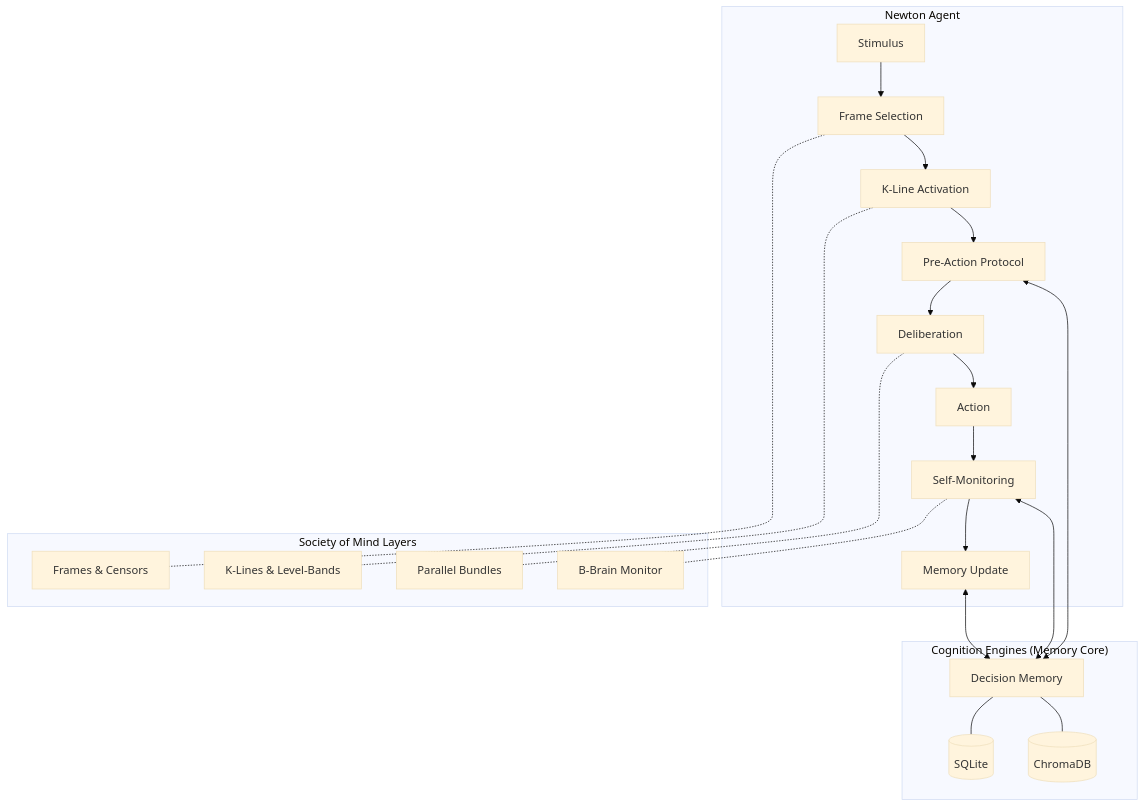
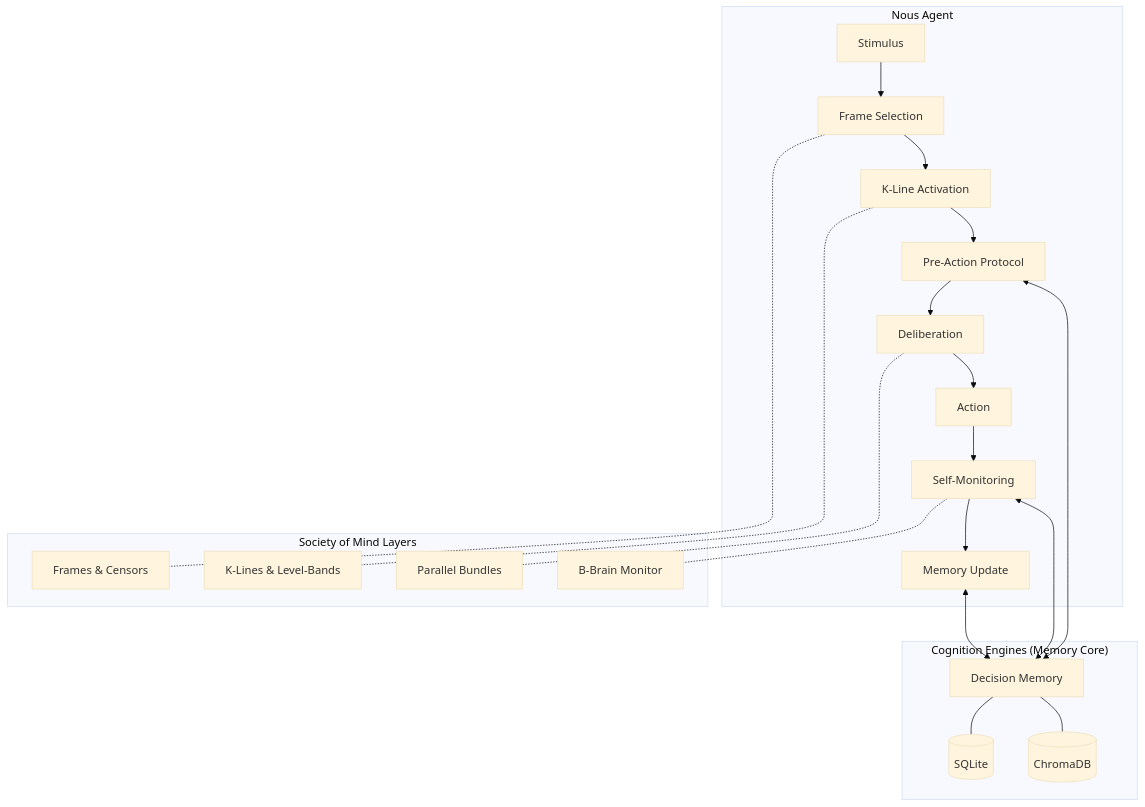
Before and after one commit to tfatykhov/newton: the first of 4 diagrams in README.md, drawn with Mermaid (base theme). The commit also changed other lines of this file and 19 other files, not shown here.

First line of the commit message:
rename: Newton → Nous

````diff
--- a/README.md
+++ b/README.md
@@ -22,27 +22,27 @@
 ```mermaid
 graph TB
-    subgraph "Newton Agent"
+    subgraph "Nous Agent"
         A[Stimulus] --> B[Frame Selection]
         B --> C[K-Line Activation]
         C --> D[Pre-Action Protocol]
         D --> E[Deliberation]
         E --> F[Action]
         F --> G[Self-Monitoring]
         G --> H[Memory Update]
     end
 
     subgraph "Cognition Engines (Memory Core)"
         D <--> CE[Decision Memory]
         G <--> CE
         H <--> CE
         CE --- SQ[(SQLite)]
         CE --- CH[(ChromaDB)]
     end
 
     subgraph "Society of Mind Layers"
         B -.- FR[Frames & Censors]
         C -.- KL[K-Lines & Level-Bands]
         E -.- PB[Parallel Bundles]
         G -.- BB[B-Brain Monitor]
     end
 ```
````
